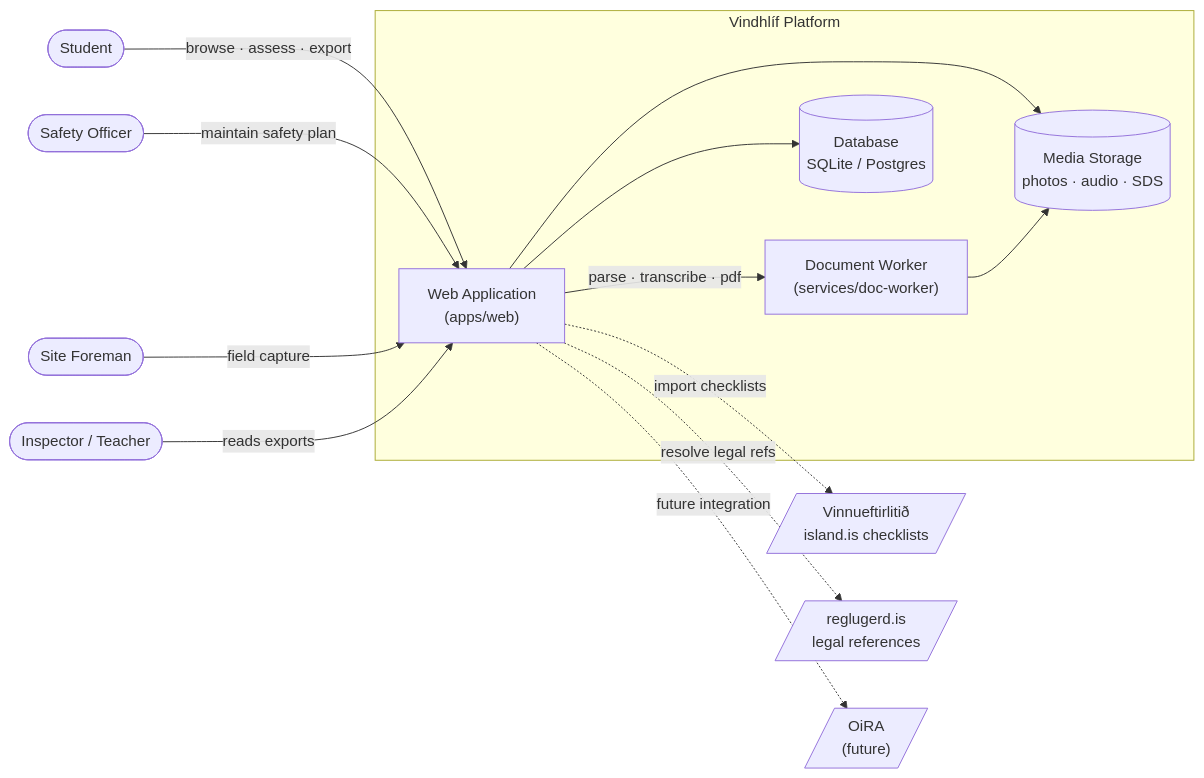
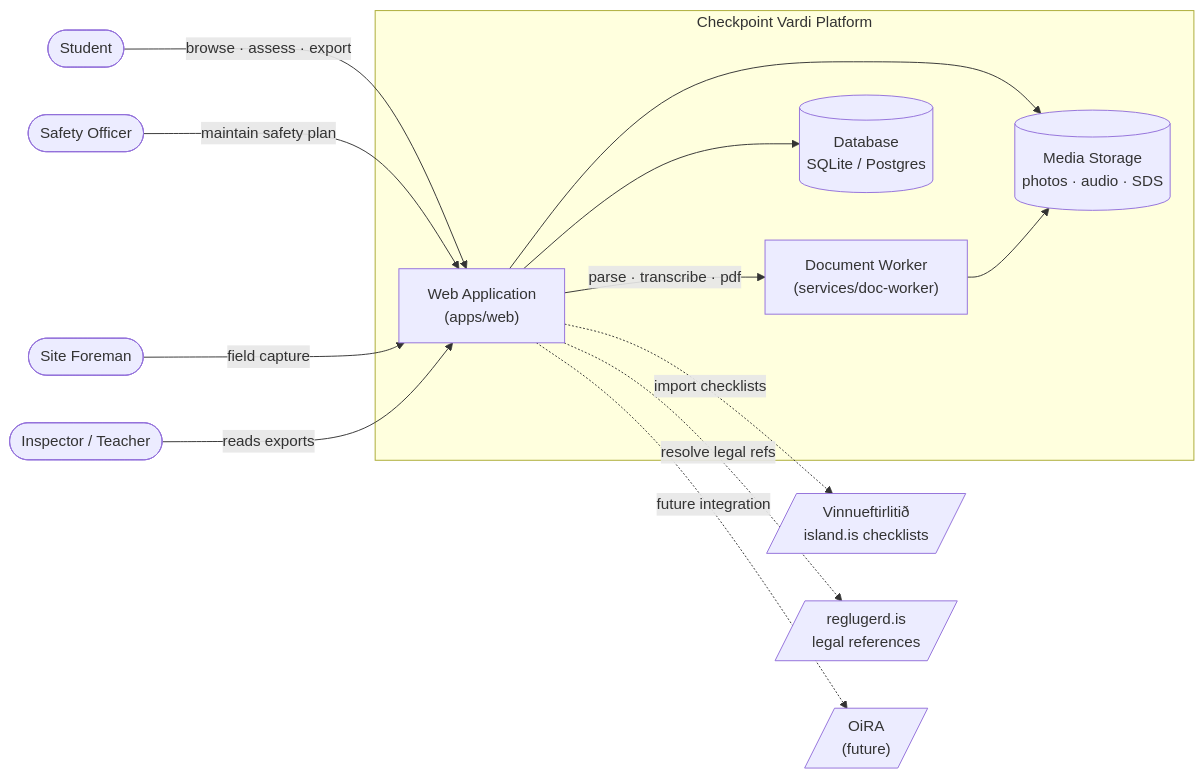
One commit to aglt/checkpoint-vardi changed the diagram in docs/diagrams/01-system-context.mmd. Above: the diagram before and after it, drawn with Mermaid. The commit also changed 27 other files, not shown here.

```diff
--- a/docs/diagrams/01-system-context.mmd
+++ b/docs/diagrams/01-system-context.mmd
@@ -1,32 +1,32 @@
-%% System Context — Vindhlíf
+%% System Context — Checkpoint Vardi
 %% Shows external actors and neighbouring systems that interact with the platform.
 flowchart LR
     student([Student])
     officer([Safety Officer])
     foreman([Site Foreman])
     inspector([Inspector / Teacher])
 
-    subgraph platform["Vindhlíf Platform"]
+    subgraph platform["Checkpoint Vardi Platform"]
         web["Web Application<br/>(apps/web)"]
         worker["Document Worker<br/>(services/doc-worker)"]
         db[("Database<br/>SQLite / Postgres")]
         files[("Media Storage<br/>photos · audio · SDS")]
     end
 
     ver[/"Vinnueftirlitið<br/>island.is checklists"/]
     reg[/"reglugerd.is<br/>legal references"/]
     oira[/"OiRA<br/>(future)"/]
 
     student -->|"browse · assess · export"| web
     officer -->|"maintain safety plan"| web
     foreman -->|"field capture"| web
     inspector -->|"reads exports"| web
 
     web --> db
     web --> files
     web -->|"parse · transcribe · pdf"| worker
     worker --> files
 
     web -.->|"import checklists"| ver
     web -.->|"resolve legal refs"| reg
     web -.->|"future integration"| oira
```
